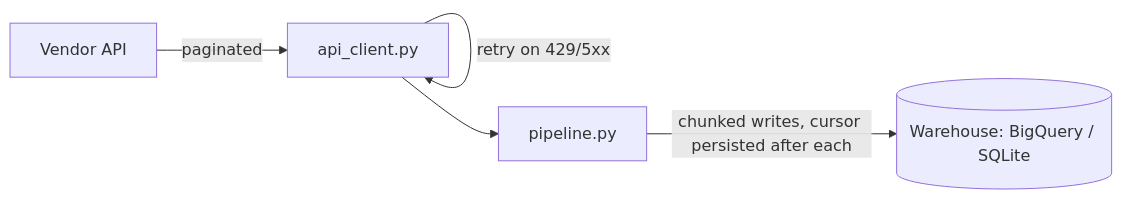
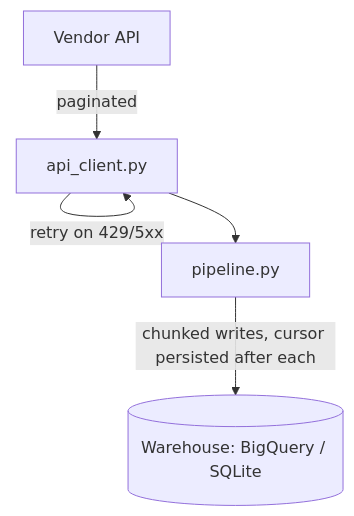
One commit to paulocremas-showcase/data-extraction-demo changed the diagram in README.md. Above: the diagram before and after it, drawn with Mermaid.

Commit message:
docs: orient README flowchart vertically for readability

````diff
--- a/README.md
+++ b/README.md
@@ -23,7 +23,7 @@
 ```mermaid
-flowchart LR
+flowchart TD
     A[Vendor API] -->|paginated| B[api_client.py]
     B -->|retry on 429/5xx| B
     B --> C[pipeline.py]
     C -->|chunked writes, cursor persisted after each| D[(Warehouse: BigQuery / SQLite)]
 ```
````
